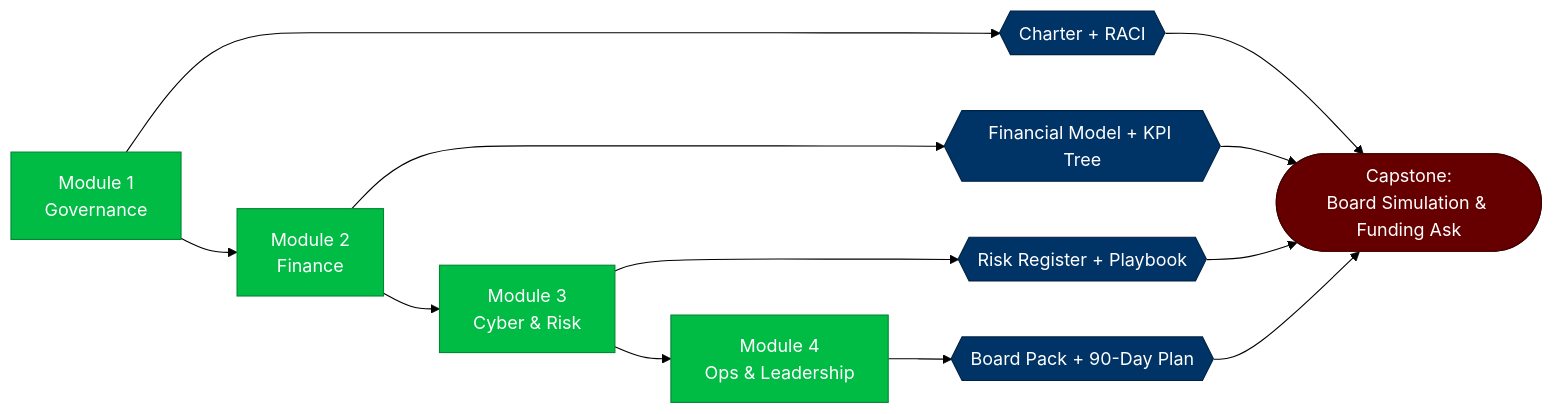
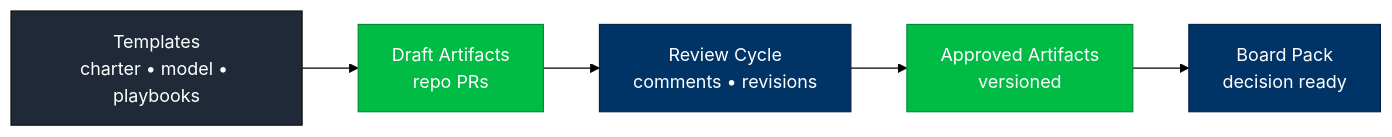
Before and after one commit to emcdo411/tech-fractional-cxo-program: the seventh of 10 diagrams in README.md, drawn with Mermaid (forest theme). The commit also changed other lines of this file, not shown here.

````diff
--- a/README.md
+++ b/README.md
@@ -124,26 +234,8 @@
 ```mermaid
 flowchart LR
-  classDef mod fill:#0b4,stroke:#083,stroke-width:1,color:#fff;
-  classDef art fill:#036,stroke:#024,stroke-width:1,color:#fff;
-  classDef cap fill:#600,stroke:#400,stroke-width:1,color:#fff;
+  classDef t fill:#1f2937,color:#fff,stroke:#111;
+  classDef a fill:#0b4,color:#fff,stroke:#083;
+  classDef r fill:#036,color:#fff,stroke:#024;
 
-  M1["Module 1<br/>Governance"]:::mod --> M2["Module 2<br/>Finance"]:::mod
-  M2 --> M3["Module 3<br/>Cyber & Risk"]:::mod
-  M3 --> M4["Module 4<br/>Ops & Leadership"]:::mod
-
-  A1{{"Charter + RACI"}}:::art
-  A2{{"Financial Model + KPI Tree"}}:::art
-  A3{{"Risk Register + Playbook"}}:::art
-  A4{{"Board Pack + 90-Day Plan"}}:::art
-
-  M1 --> A1
-  M2 --> A2
-  M3 --> A3
-  M4 --> A4
-
-  CAP(["Capstone:<br/>Board Simulation & Funding Ask"]):::cap
-  A1 --> CAP
-  A2 --> CAP
-  A3 --> CAP
-  A4 --> CAP
+  T1["Templates<br/>charter • model • playbooks"]:::t --> A1["Draft Artifacts<br/>repo PRs"]:::a --> R1["Review Cycle<br/>comments • revisions"]:::r --> A2["Approved Artifacts<br/>versioned"]:::a --> P1["Board Pack<br/>decision ready"]:::r
 ```
````
